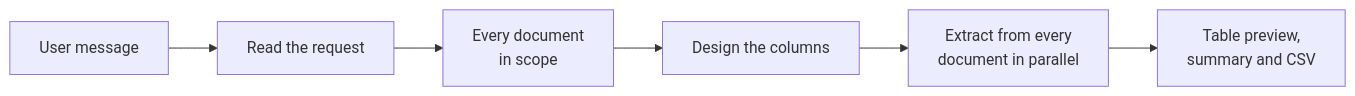
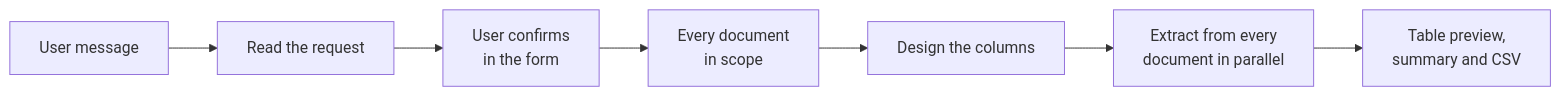
Before and after one commit to bbvch-ai/aihub-core: the diagram in docs/docs/2_platform/5_agents/14_knowledge_extraction_agent/index.en.md, drawn with Mermaid. The commit also changed other lines of this file and 9 other files, not shown here.

Commit message:
doc(swiss-ai-hub): Document the request form, Discovery mode and choice questions in the chat

````diff
--- a/docs/docs/2_platform/5_agents/14_knowledge_extraction_agent/index.en.md
+++ b/docs/docs/2_platform/5_agents/14_knowledge_extraction_agent/index.en.md
@@ -24,8 +24,9 @@
 ```mermaid
 flowchart LR
     A[User message] --> B[Read the request]
-    B --> C[Every document<br/>in scope]
-    C --> D[Design the columns]
-    D --> E[Extract from every<br/>document in parallel]
-    E --> F[Table preview,<br/>summary and CSV]
+    B --> C[User confirms<br/>in the form]
+    C --> D[Every document<br/>in scope]
+    D --> E[Design the columns]
+    E --> F[Extract from every<br/>document in parallel]
+    F --> G[Table preview,<br/>summary and CSV]
 ```
````
